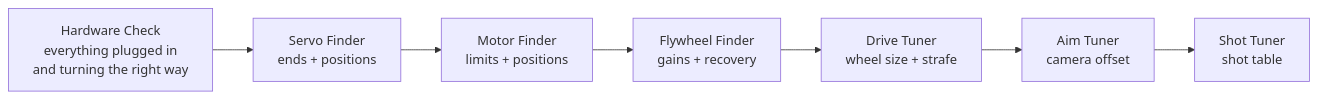
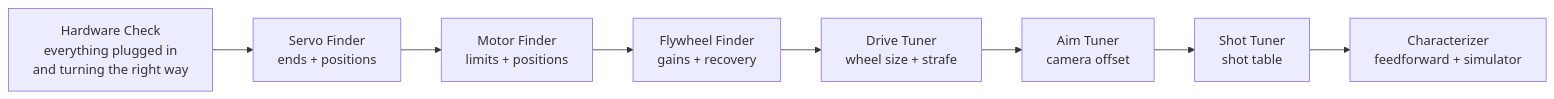
The diagram in docs/guides/finders.md (crossbotics/ftc-helper-lib), drawn with Mermaid before and after one commit. The commit also changed other lines of this file and 12 other files, not shown here.

````diff
--- a/docs/guides/finders.md
+++ b/docs/guides/finders.md
@@ -9,9 +9,10 @@
 ```mermaid
 flowchart LR
     H["Hardware Check<br/>everything plugged in<br/>and turning the right way"] --> S["Servo Finder<br/>ends + positions"]
     S --> M["Motor Finder<br/>limits + positions"]
     M --> F["Flywheel Finder<br/>gains + recovery"]
     F --> D["Drive Tuner<br/>wheel size + strafe"]
     D --> A["Aim Tuner<br/>camera offset"]
     A --> T["Shot Tuner<br/>shot table"]
+    T --> C["Characterizer<br/>feedforward + simulator"]
 ```
````
